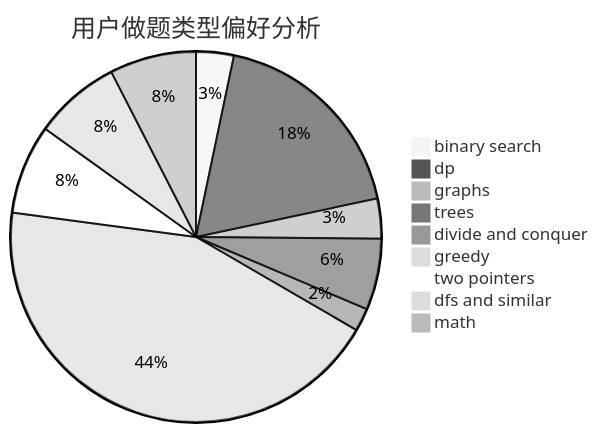
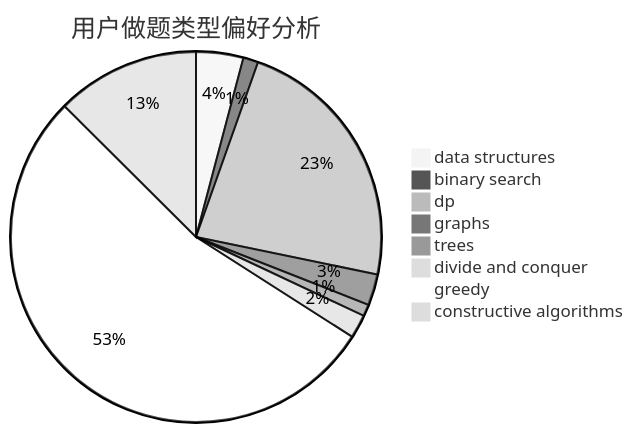
The second of 3 diagrams in docs/user/u921.md (sherpahu/cfrs.github.io), drawn with Mermaid (neutral theme) before and after one commit. The commit also changed other lines of this file and 2775 other files, not shown here.

````diff
--- a/docs/user/u921.md
+++ b/docs/user/u921.md
@@ -23,12 +23,11 @@
 ```mermaid
 pie title 用户做题类型偏好分析
-    "binary search" :  64
-    "dp" :  358
-    "graphs" :  68
-    "trees" :  121
-    "divide and conquer" :  39
-    "greedy" :  852
-    "two pointers" :  152
-    "dfs and similar" :  147
-    "math" :  147
+    "data structures" :  44
+    "binary search" :  14
+    "dp" :  244
+    "graphs" :  29
+    "trees" :  11
+    "divide and conquer" :  22
+    "greedy" :  571
+    "constructive algorithms" :  134
 ```
````
